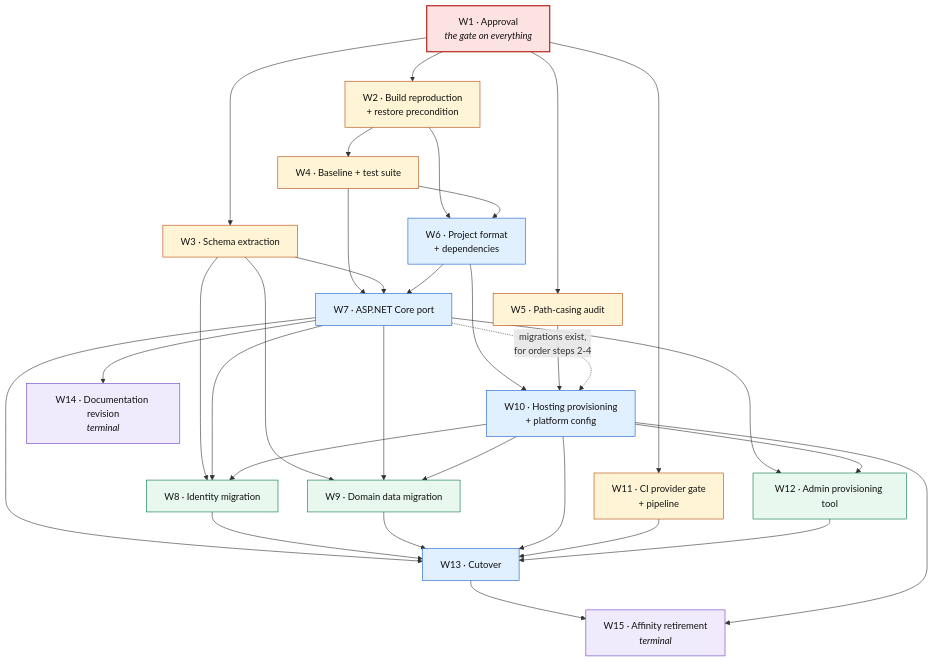
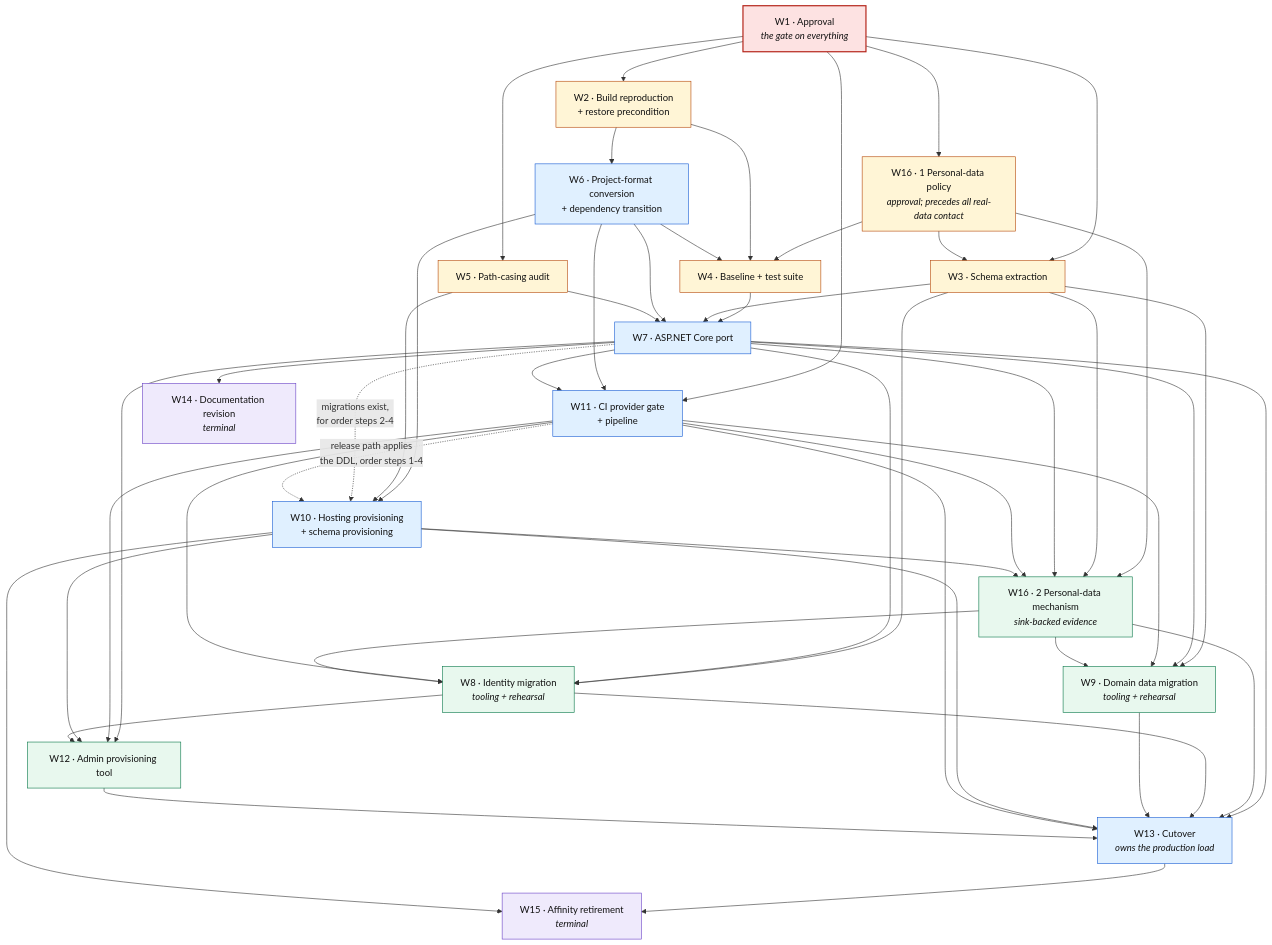
Before and after one commit to mjnehme/MvcMusicStore: the second of 2 diagrams in docs/modernization/03-modernization-roadmap.md, drawn with Mermaid. The commit also changed other lines of this file and 12 other files, not shown here.

````diff
--- a/docs/modernization/03-modernization-roadmap.md
+++ b/docs/modernization/03-modernization-roadmap.md
@@ -148,51 +401,72 @@
 graph TD
     W1["W1 · Approval<br/><i>the gate on everything</i>"]
 
+    W16a["W16 · 1 Personal-data policy<br/><i>approval; precedes all real-data contact</i>"]
     W2["W2 · Build reproduction<br/>+ restore precondition"]
     W3["W3 · Schema extraction"]
     W4["W4 · Baseline + test suite"]
     W5["W5 · Path-casing audit"]
+
+    W6["W6 · Project-format conversion<br/>+ dependency transition"]
+    W7["W7 · ASP.NET Core port"]
     W11["W11 · CI provider gate<br/>+ pipeline"]
+    W10["W10 · Hosting provisioning<br/>+ schema provisioning"]
 
-    W6["W6 · Project format<br/>+ dependencies"]
-    W7["W7 · ASP.NET Core port"]
-    W10["W10 · Hosting provisioning<br/>+ platform config"]
-
-    W8["W8 · Identity migration"]
-    W9["W9 · Domain data migration"]
+    W16b["W16 · 2 Personal-data mechanism<br/><i>sink-backed evidence</i>"]
+    W8["W8 · Identity migration<br/><i>tooling + rehearsal</i>"]
+    W9["W9 · Domain data migration<br/><i>tooling + rehearsal</i>"]
     W12["W12 · Admin provisioning tool"]
 
-    W13["W13 · Cutover"]
+    W13["W13 · Cutover<br/><i>owns the production load</i>"]
     W14["W14 · Documentation revision<br/><i>terminal</i>"]
     W15["W15 · Affinity retirement<br/><i>terminal</i>"]
 
     W1 --> W2
+    W1 --> W16a
     W1 --> W3
     W1 --> W5
     W1 --> W11
 
+    W16a --> W3
+    W16a --> W4
+    W16a --> W16b
+
+    W2 --> W6
     W2 --> W4
-    W2 --> W6
-    W4 --> W6
+    W6 --> W4
     W4 --> W7
     W3 --> W7
     W6 --> W7
+    W6 --> W11
+    W7 --> W11
     W6 --> W10
+    W5 --> W7
     W5 --> W10
 
     W3 --> W8
     W3 --> W9
+    W3 --> W16b
     W7 --> W8
     W7 --> W9
     W7 --> W12
     W7 --> W13
     W7 --> W14
+    W7 --> W16b
     W7 -. "migrations exist,<br/>for order steps 2-4" .-> W10
+    W11 -. "release path applies<br/>the DDL, order steps 1-4" .-> W10
 
-    W10 --> W8
-    W10 --> W9
+    W11 --> W8
+    W11 --> W9
+    W11 --> W16b
+    W11 --> W12
     W10 --> W12
+    W10 --> W16b
 
+    W16b --> W8
+    W16b --> W9
+    W16b --> W13
+
+    W8 --> W12
     W8 --> W13
     W9 --> W13
     W10 --> W13
@@ -209,9 +483,9 @@
     classDef term fill:#efeafc,stroke:#6941c6,color:#111
 
     class W1 gate
-    class W2,W3,W4,W5,W11 pre
-    class W6,W7,W10 build
-    class W8,W9,W12 data
+    class W16a,W2,W3,W4,W5 pre
+    class W6,W7,W10,W11 build
+    class W8,W9,W12,W16b data
     class W13 build
     class W14,W15 term
 ```
````
